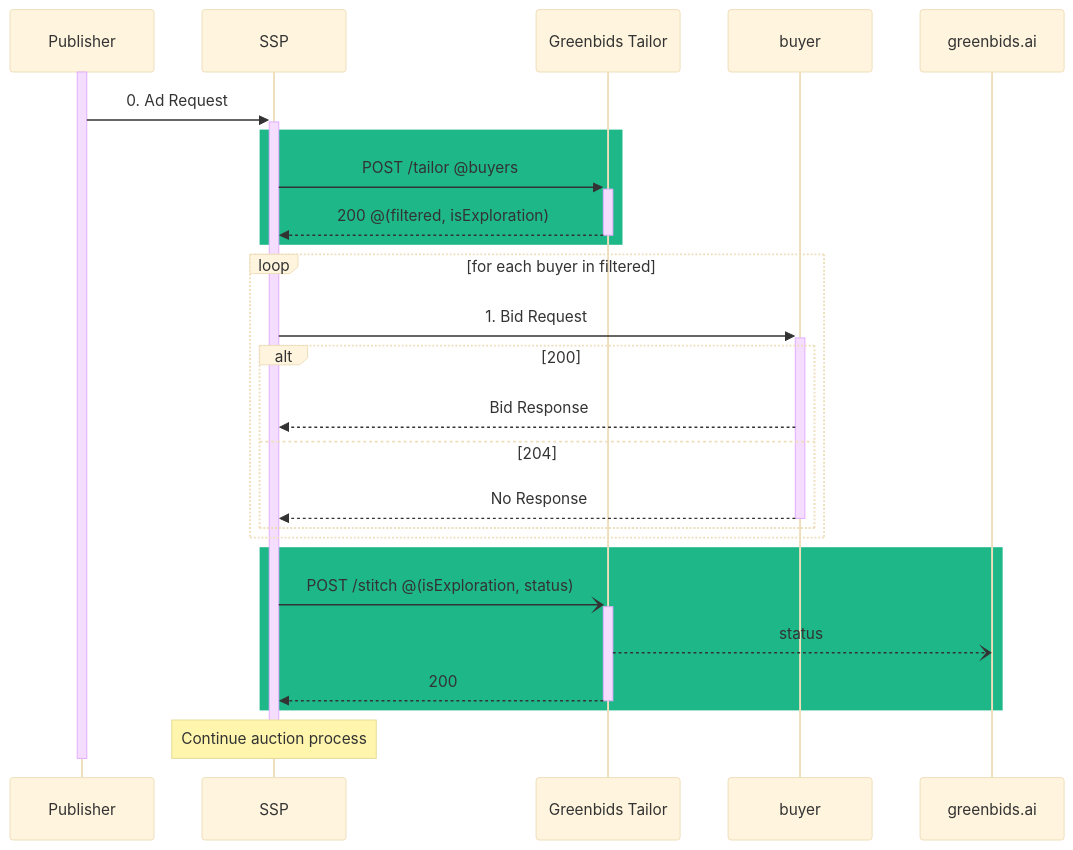
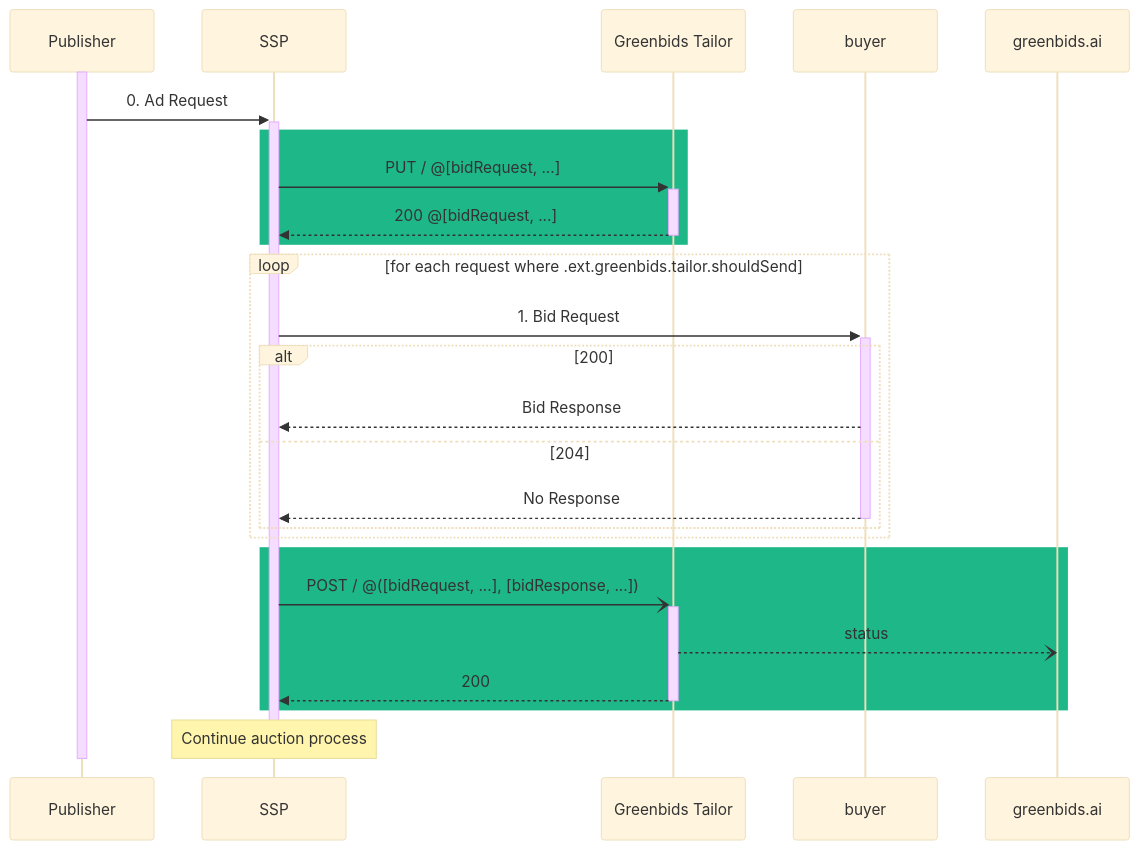
One commit to greenbids/greenbids-tailor-external changed the diagram in README.md. Above: the diagram before and after it, drawn with Mermaid (base theme). The commit also changed other lines of this file and 9 other files, not shown here.

````diff
--- a/README.md
+++ b/README.md
@@ -16,30 +16,30 @@
 ```mermaid
 sequenceDiagram
     activate Publisher
     Publisher ->>+ SSP: 0. Ad Request
 
     participant GB as Greenbids Tailor
     rect rgb(30, 183, 136)
-    SSP ->>+ GB: POST /tailor @buyers
-    GB -->>- SSP: 200 @(filtered, isExploration)
+    SSP ->>+ GB: PUT / @[bidRequest, ...]
+    GB -->>- SSP: 200 @[bidRequest, ...]
     end
 
-    loop for each buyer in filtered
+    loop for each request where .ext.greenbids.tailor.shouldSend
         SSP ->>+ buyer: 1. Bid Request
         alt 200
         buyer -->> SSP: Bid Response
         else 204
         buyer -->>- SSP: No Response
         end
     end
 
     rect rgb(30, 183, 136)
-    SSP -)+ GB: POST /stitch @(isExploration, status)
+    SSP -)+ GB: POST / @([bidRequest, ...], [bidResponse, ...])
     GB --) greenbids.ai: status
     GB -->>- SSP: 200
     end
 
     note over SSP: Continue auction process
     deactivate SSP
     deactivate Publisher
 ```
````
